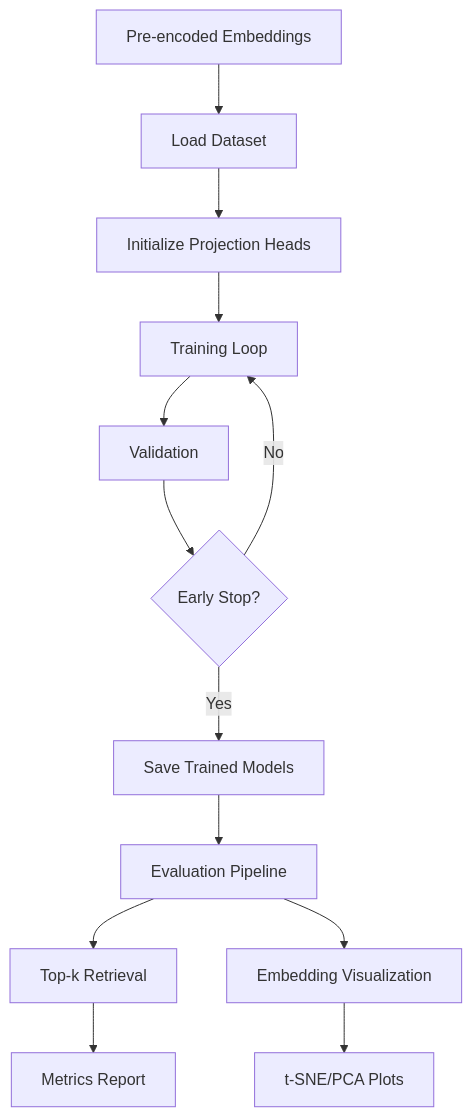
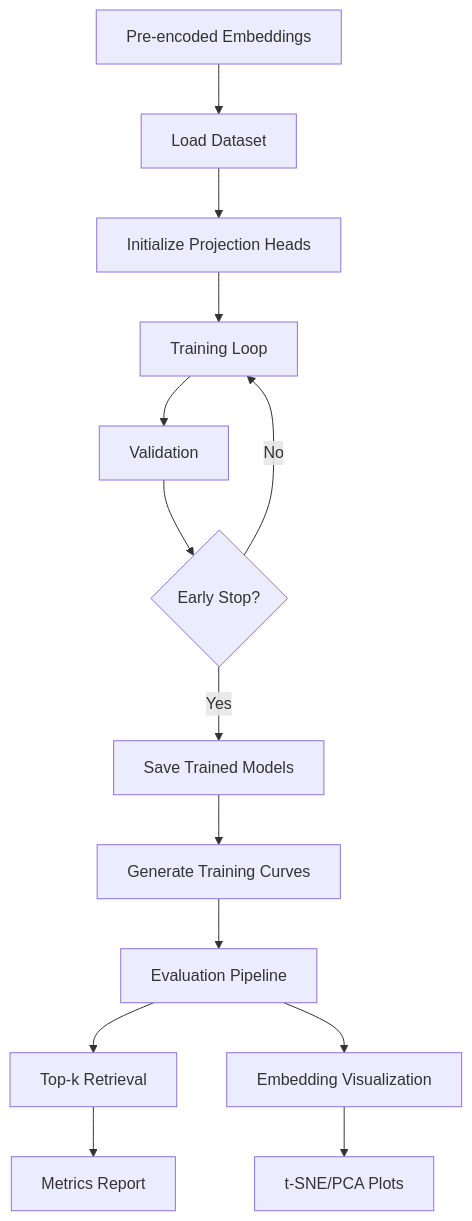
The diagram in pipeline/README.md (oscarchen178/xclip-siglip), drawn with Mermaid before and after one commit. The commit also changed other lines of this file and 4 other files, not shown here.

````diff
--- a/pipeline/README.md
+++ b/pipeline/README.md
@@ -30,15 +32,16 @@
 ```mermaid
 graph TB
     A[Pre-encoded Embeddings] --> B[Load Dataset]
     B --> C[Initialize Projection Heads]
     C --> D[Training Loop]
     D --> E[Validation]
     E --> F{Early Stop?}
     F -->|No| D
     F -->|Yes| G[Save Trained Models]
-    G --> H[Evaluation Pipeline]
-    H --> I[Top-k Retrieval]
-    H --> J[Embedding Visualization]
-    I --> K[Metrics Report]
-    J --> L[t-SNE/PCA Plots]
+    G --> H[Generate Training Curves]
+    H --> I[Evaluation Pipeline]
+    I --> J[Top-k Retrieval]
+    I --> K[Embedding Visualization]
+    J --> L[Metrics Report]
+    K --> M[t-SNE/PCA Plots]
 ```
````
